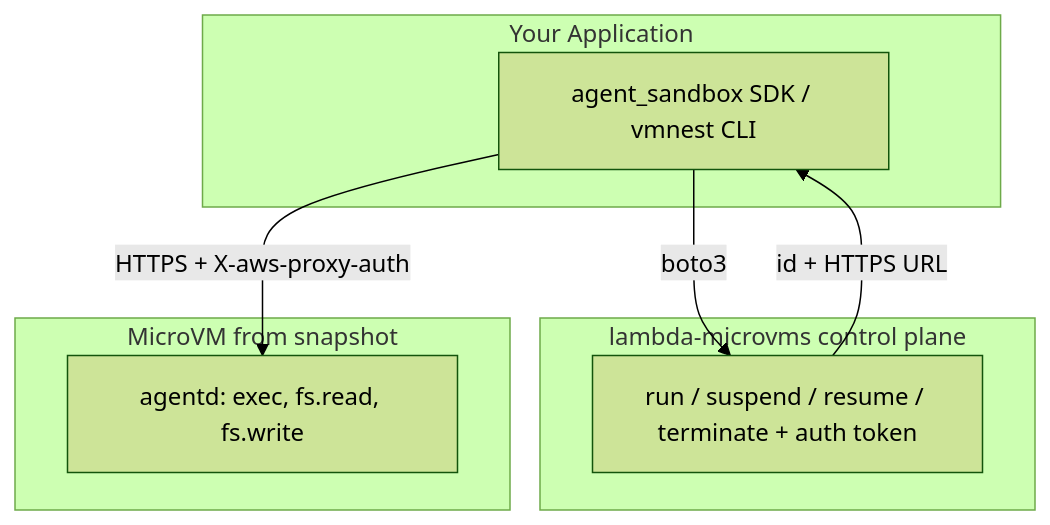
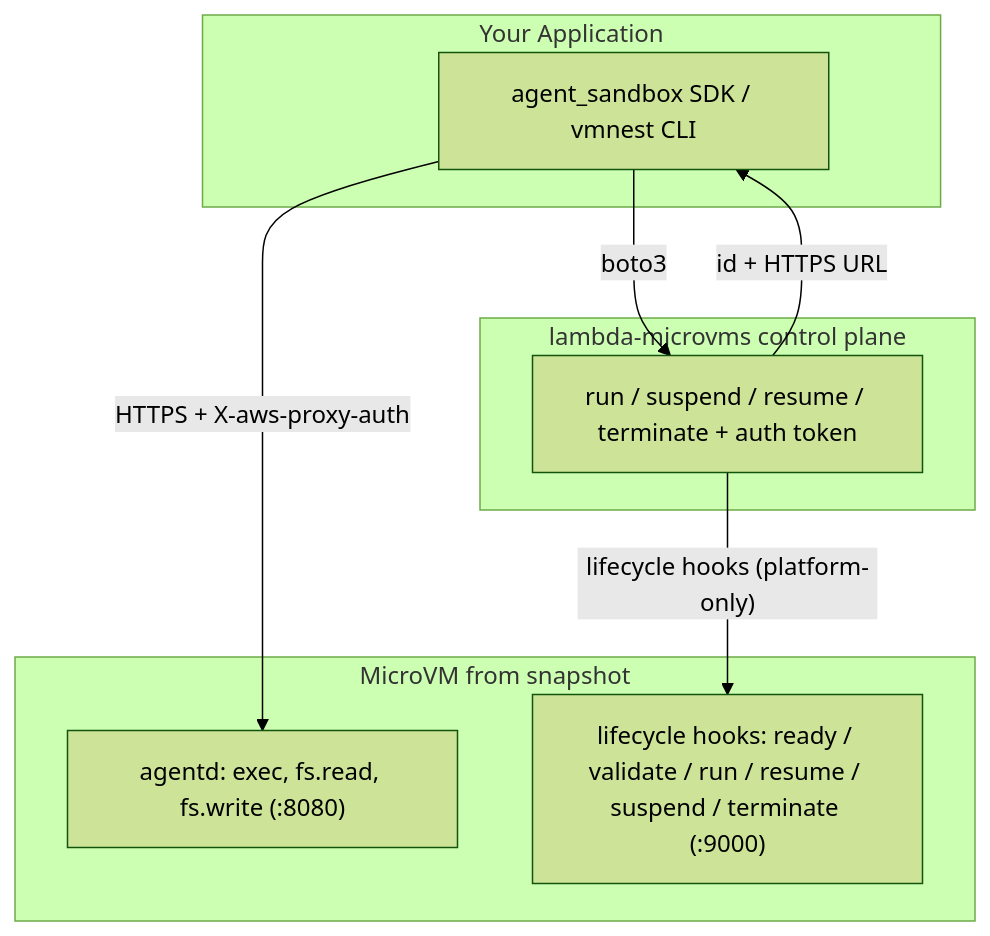
Before and after one commit to jnh12/agent-microvm: the diagram in README.md, drawn with Mermaid (forest theme). The commit also changed other lines of this file and 25 other files, not shown here.

First line of the commit message:
Add MicroVM lifecycle hooks to the guest agent

````diff
--- a/README.md
+++ b/README.md
@@ -44,15 +124,17 @@
 ```mermaid
 graph TD
     subgraph app [Your Application]
         SDK["agent_sandbox SDK / vmnest CLI"]
     end
     subgraph aws [lambda-microvms control plane]
         CP["run / suspend / resume / terminate + auth token"]
     end
     subgraph vm [MicroVM from snapshot]
-        AG["agentd: exec, fs.read, fs.write"]
+        AG["agentd: exec, fs.read, fs.write (:8080)"]
+        HK["lifecycle hooks: ready / validate / run / resume / suspend / terminate (:9000)"]
     end
     SDK -->|"boto3"| CP
     CP -->|"id + HTTPS URL"| SDK
     SDK -->|"HTTPS + X-aws-proxy-auth"| AG
+    CP -->|"lifecycle hooks (platform-only)"| HK
 ```
````
